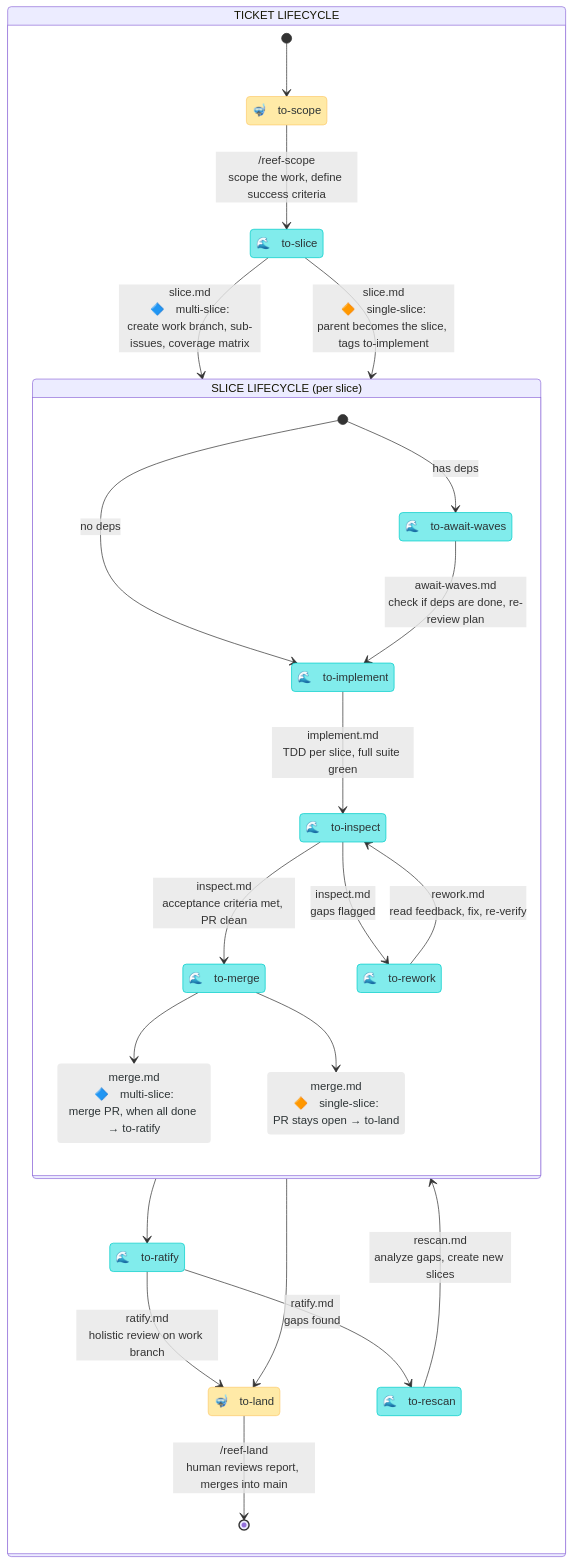
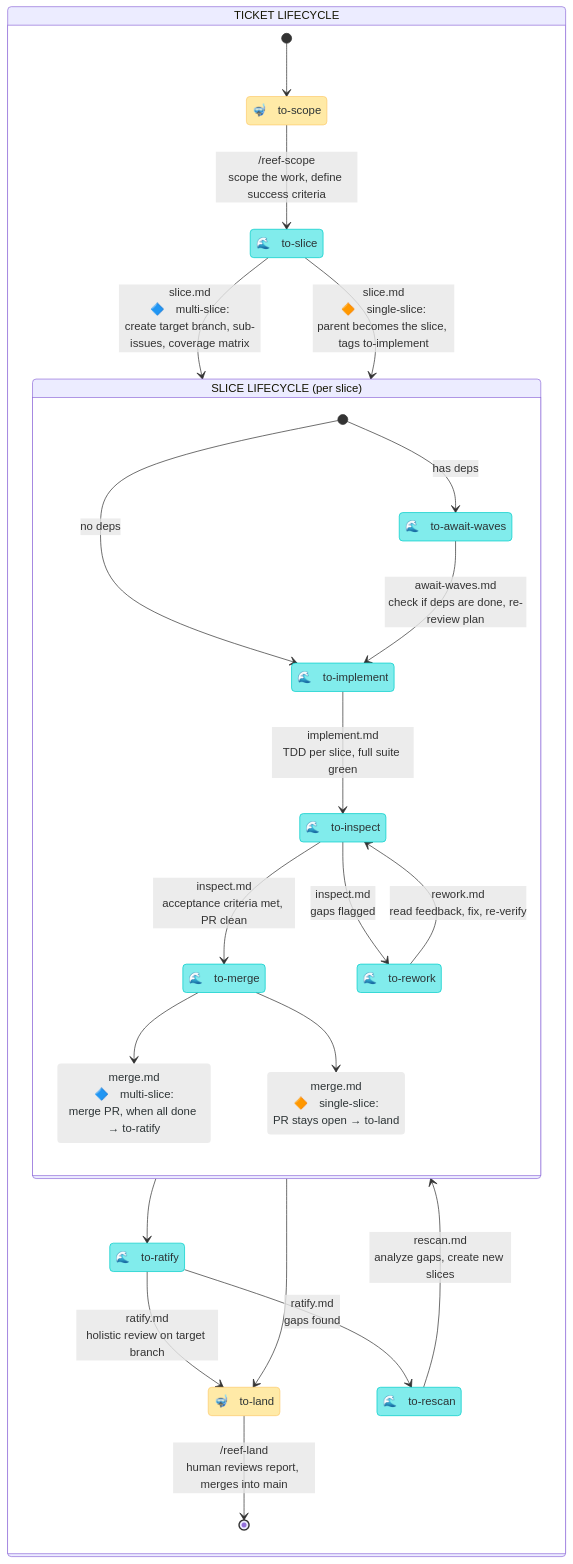
Before and after one commit to mesqueeb/moonjelly-reef: the first of 3 diagrams in README.md, drawn with Mermaid. The commit also changed other lines of this file and 11 other files, not shown here.

````diff
--- a/README.md
+++ b/README.md
@@ -30,52 +30,52 @@
 ```mermaid
 stateDiagram-v2
     direction TB
 
     classDef human fill:#ffeaa7,stroke:#fdcb6e,color:#2d3436
     classDef agent fill:#81ecec,stroke:#00cec9,color:#2d3436
     classDef arrow fill:#ececec,stroke:#ffffff00,color:#2d3436
 
     state "TICKET LIFECYCLE" as work {
 
         state "🤿　to-scope" as to_scope
         state "🌊　to-slice" as to_slice
         state "🌊　to-ratify" as to_ratify
         state "🌊　to-rescan" as gaps_to_rescan
         state "🤿　to-land" as to_land
 
         [*] --> to_scope
         to_scope --> to_slice : /reef-scope<br />scope the work, define success criteria
-        to_slice --> slice_lifecycle : slice.md<br />🔷　multi-slice:<br />create work branch, sub-issues, coverage matrix
+        to_slice --> slice_lifecycle : slice.md<br />🔷　multi-slice:<br />create target branch, sub-issues, coverage matrix
         to_slice --> slice_lifecycle : slice.md<br />🔶　single-slice:<br />parent becomes the slice, tags to-implement
         slice_lifecycle --> to_ratify
         slice_lifecycle --> to_land
-        to_ratify --> to_land : ratify.md<br />holistic review on work branch
+        to_ratify --> to_land : ratify.md<br />holistic review on target branch
         to_ratify --> gaps_to_rescan : ratify.md<br />gaps found
         gaps_to_rescan --> slice_lifecycle : rescan.md<br />analyze gaps, create new slices
         to_land --> [*] : /reef-land<br />human reviews report, merges into main
     }
 
     state "SLICE LIFECYCLE (per slice)" as slice_lifecycle {
 
         state "🌊　to-await-waves" as to_await
         state "🌊　to-implement" as to_implement
         state "🌊　to-inspect" as to_inspect
         state "🌊　to-rework" as needs_rework
         state "🌊　to-merge" as to_merge
         state "merge.md<br />🔷　multi-slice:<br />merge PR, when all done → to-ratify" as merge_multi
         state "merge.md<br />🔶　single-slice:<br />PR stays open → to-land" as merge_single
         [*] --> to_implement : no deps
         [*] --> to_await : has deps
         to_await --> to_implement : await-waves.md<br />check if deps are done, re-review plan
         to_implement --> to_inspect : implement.md<br />TDD per slice, full suite green
         to_inspect --> to_merge : inspect.md<br />acceptance criteria met, PR clean
         to_inspect --> needs_rework : inspect.md<br />gaps flagged
         needs_rework --> to_inspect : rework.md<br />read feedback, fix, re-verify
         to_merge --> merge_multi
         to_merge --> merge_single
     }
 
     class to_scope,to_land human
     class to_slice,to_ratify,gaps_to_rescan,to_await,to_implement,to_inspect,needs_rework,to_merge agent
     class merge_multi,merge_single arrow
 ```
````
